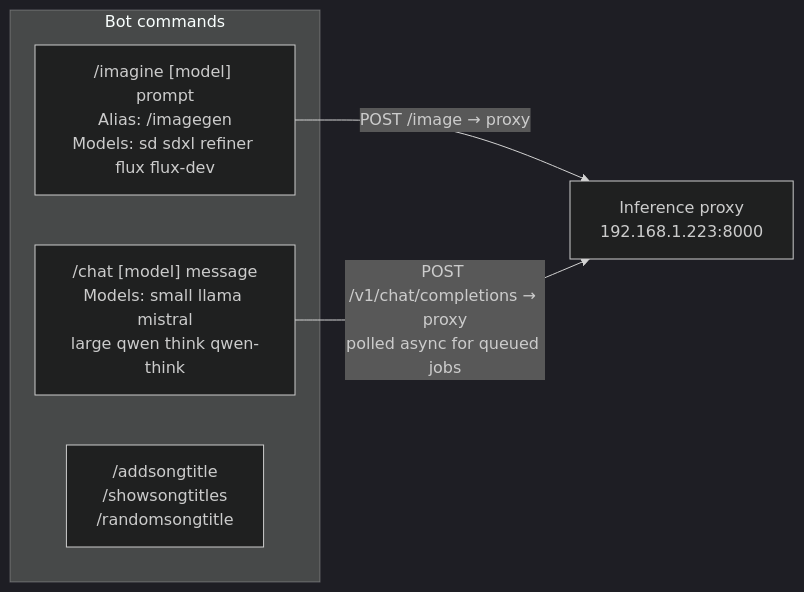
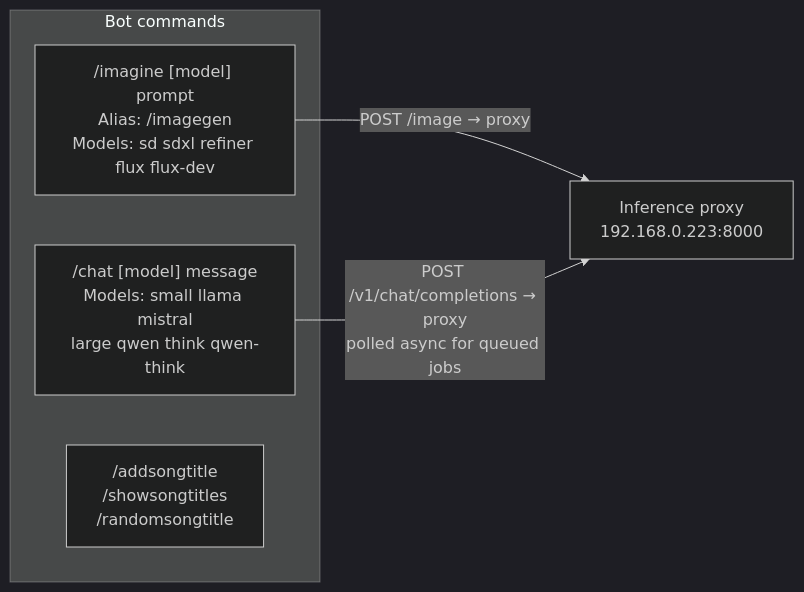
Before and after one commit to Haml3t/evilbot: the fourth of 7 diagrams in docs/architecture.md, drawn with Mermaid (dark theme). The commit also changed other lines of this file and 51 other files, not shown here.

````diff
--- a/docs/architecture.md
+++ b/docs/architecture.md
@@ -150,12 +150,12 @@
 ```mermaid
 graph LR
     subgraph commands["Bot commands"]
         imagine["/imagine [model] prompt\nAlias: /imagegen\nModels: sd sdxl refiner flux flux-dev"]
         chat["/chat [model] message\nModels: small llama mistral\nlarge qwen think qwen-think"]
         songs["/addsongtitle\n/showsongtitles\n/randomsongtitle"]
     end
 
     imagine -- "POST /image → proxy" --> proxy
     chat -- "POST /v1/chat/completions → proxy\npolled async for queued jobs" --> proxy
-    proxy["Inference proxy\n192.168.1.223:8000"]
+    proxy["Inference proxy\n192.168.0.223:8000"]
 ```
````
